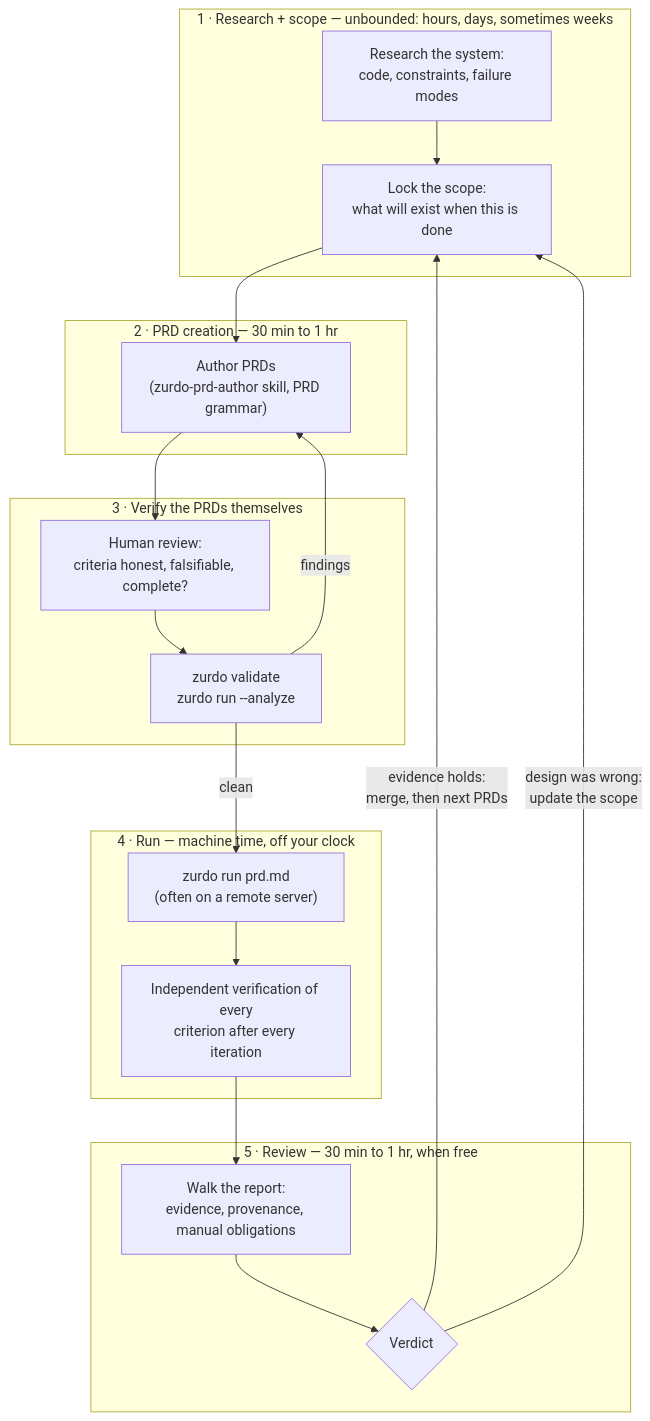
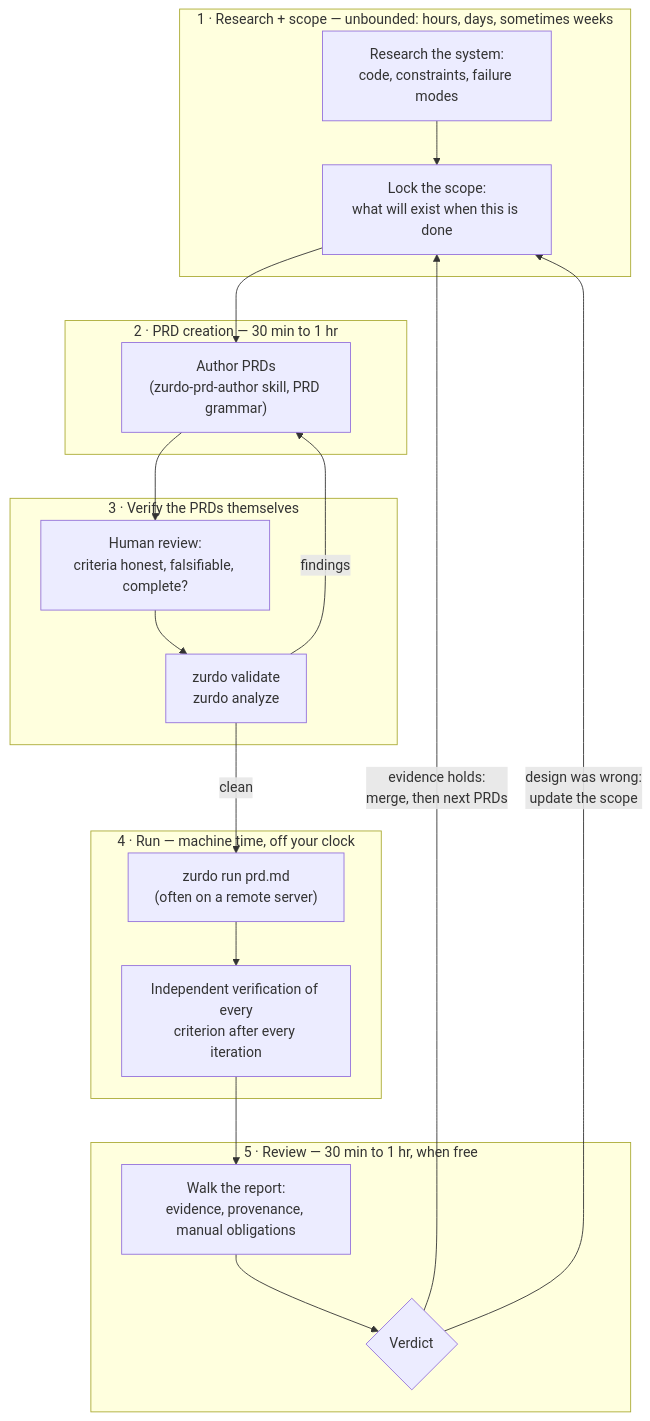
Before and after one commit to NumeronAI/zurdo.github.io: the first of 2 diagrams in docs/workflow.md, drawn with Mermaid. The commit also changed other lines of this file and 13 other files, not shown here.

````diff
--- a/docs/workflow.md
+++ b/docs/workflow.md
@@ -32,36 +32,36 @@
 ```mermaid
 flowchart TD
     subgraph SCOPE["1 · Research + scope — unbounded: hours, days, sometimes weeks"]
         R["Research the system:<br/>code, constraints, failure modes"] --> S["Lock the scope:<br/>what will exist when this is done"]
     end
 
     subgraph AUTHOR["2 · PRD creation — 30 min to 1 hr"]
         P["Author PRDs<br/>(zurdo-prd-author skill, PRD grammar)"]
     end
 
     subgraph GATE["3 · Verify the PRDs themselves"]
         HV["Human review:<br/>criteria honest, falsifiable, complete?"]
-        ZV["zurdo validate<br/>zurdo run --analyze"]
+        ZV["zurdo validate<br/>zurdo analyze"]
     end
 
     subgraph RUN["4 · Run — machine time, off your clock"]
         X["zurdo run prd.md<br/>(often on a remote server)"]
         V["Independent verification of every<br/>criterion after every iteration"]
     end
 
     subgraph REVIEW["5 · Review — 30 min to 1 hr, when free"]
         REP["Walk the report:<br/>evidence, provenance, manual obligations"]
         D{"Verdict"}
     end
 
     S --> P
     P --> HV
     HV --> ZV
     ZV -- "findings" --> P
     ZV -- "clean" --> X
     X --> V
     V --> REP
     REP --> D
     D -- "evidence holds:<br/>merge, then next PRDs" --> S
     D -- "design was wrong:<br/>update the scope" --> S
 ```
````
